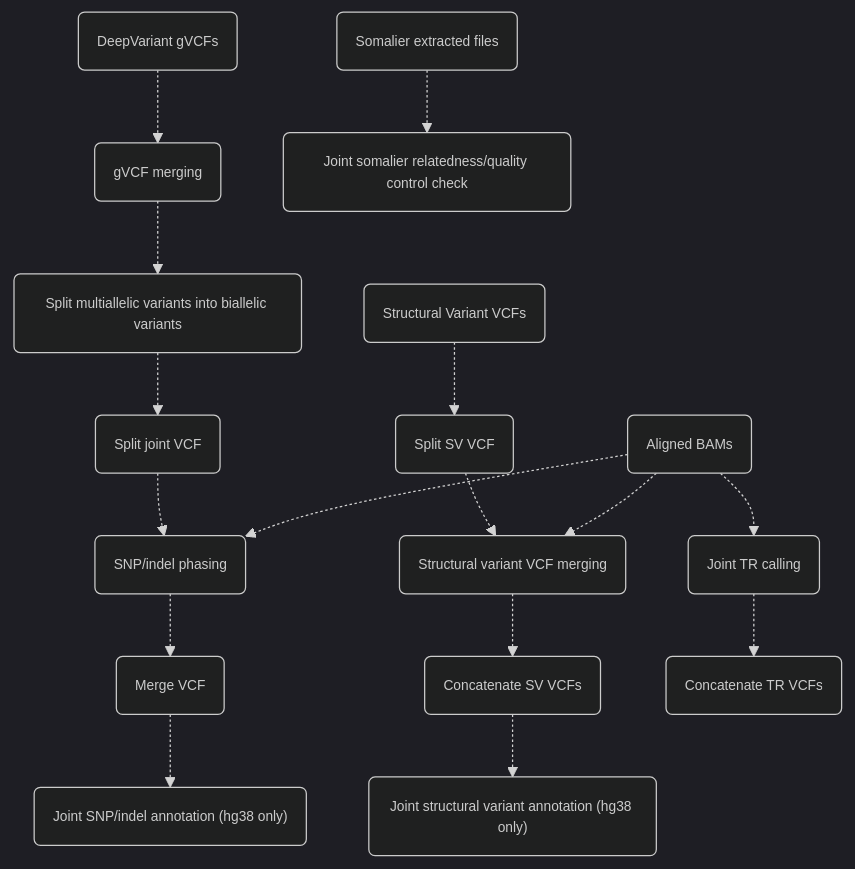
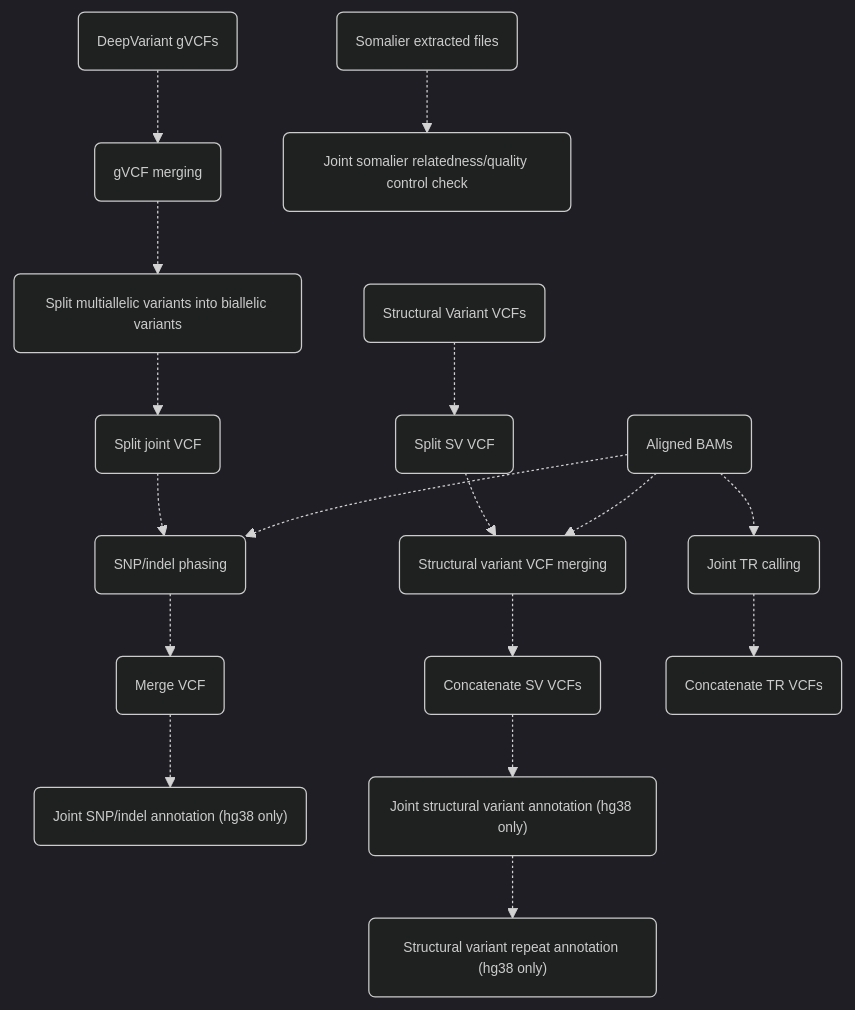
One commit to leahkemp/pipeface changed the diagram in docs/popface/info.md. Above: the diagram before and after it, drawn with Mermaid. The commit also changed other lines of this file and 11 other files, not shown here.

Commit message:
add SVscanner SV repeat annotation after VEP in pipeface and popface

````diff
--- a/docs/popface/info.md
+++ b/docs/popface/info.md
@@ -5,30 +5,31 @@
 ```mermaid
 %%{init:{'theme':'dark','themeVariables':{'fontSize':'11px'}}}%%
 flowchart TB
 
 input_gvcf("DeepVariant gVCFs")
 input_bam("Aligned BAMs")
 input_svs("Structural Variant VCFs")
 gvcf_merging("gVCF merging")
 joint_split_multiallele("Split multiallelic variants into biallelic variants")
 split_vcf("Split joint VCF")
 snp_indel_phasing("SNP/indel phasing")
 merge_vcf("Merge VCF")
 joint_snp_indel_annotation("Joint SNP/indel annotation (hg38 only)")
 split_sv_vcf("Split SV VCF")
 sv_vcf_merging("Structural variant VCF merging")
 concat_sv_vcf("Concatenate SV VCFs")
 joint_sv_annotation("Joint structural variant annotation (hg38 only)")
+sv_repeat_annotation("Structural variant repeat annotation (hg38 only)")
 joint_tr_calling("Joint TR calling")
 concat_tr_vcf("Concatenate TR VCFs")
 input_somalier("Somalier extracted files")
 joint_somalier("Joint somalier relatedness/quality control check")
 
 input_gvcf-.->gvcf_merging-.->joint_split_multiallele-.->split_vcf-.->snp_indel_phasing-.->merge_vcf-.->joint_snp_indel_annotation
 input_bam-.->snp_indel_phasing
-input_svs-.->split_sv_vcf-.->sv_vcf_merging-.->concat_sv_vcf-.->joint_sv_annotation
+input_svs-.->split_sv_vcf-.->sv_vcf_merging-.->concat_sv_vcf-.->joint_sv_annotation-.->sv_repeat_annotation
 input_bam-.->sv_vcf_merging
 input_bam-.->joint_tr_calling-.->concat_tr_vcf
 input_somalier-.->joint_somalier
 
 ```
````
